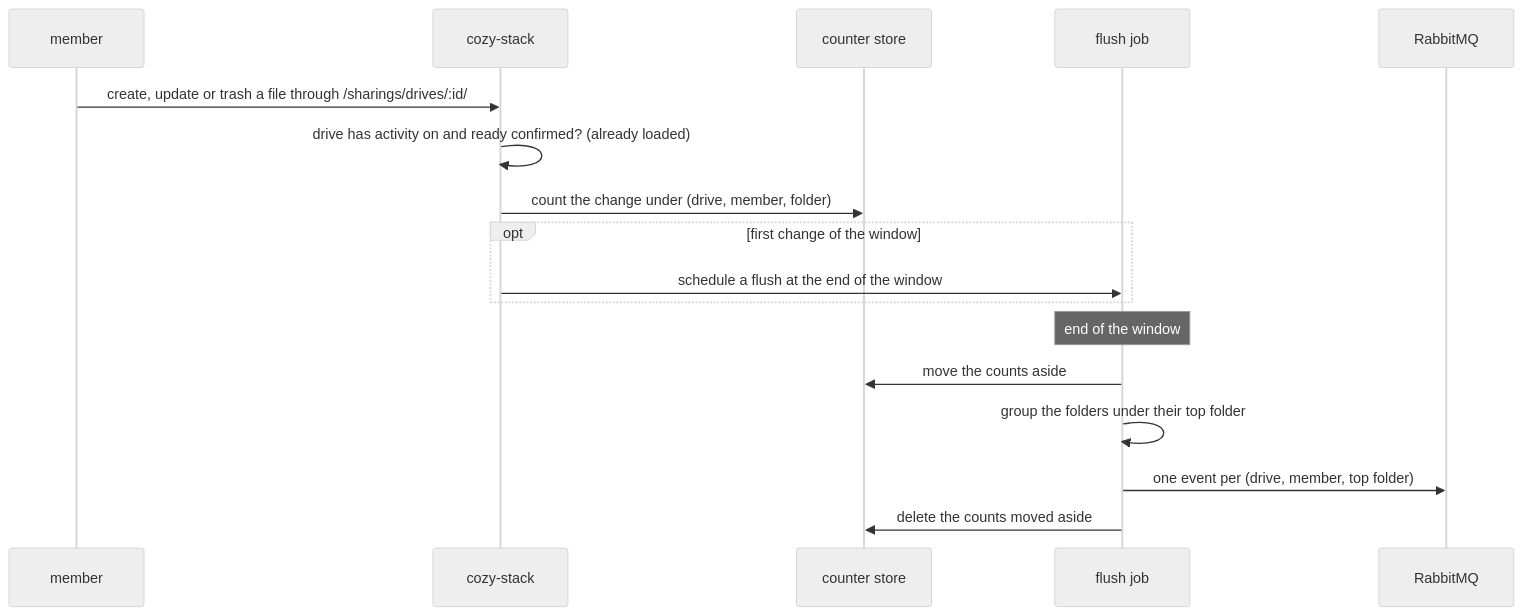
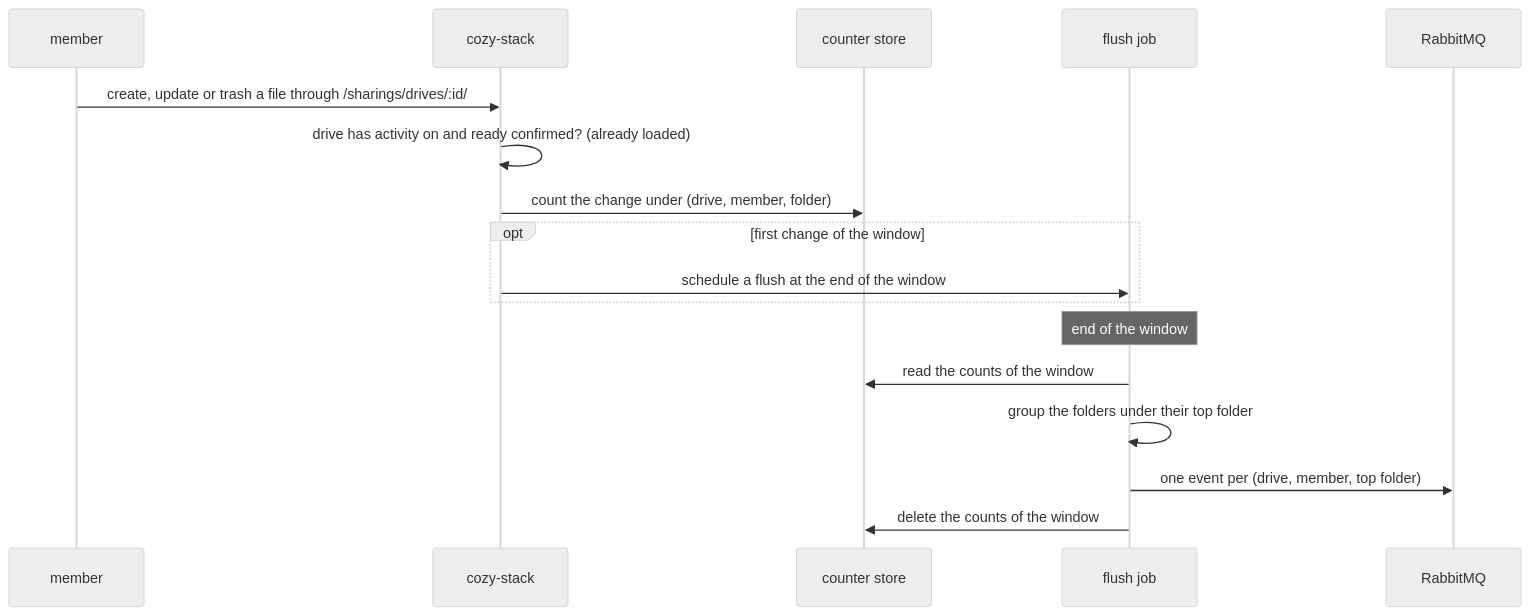
One commit to cozy/cozy-stack changed the diagram in docs/adr/010-adr-drive-activity-digest.md. Above: the diagram before and after it, drawn with Mermaid (neutral theme). The commit also changed other lines of this file, not shown here.

Commit message:
docs: hold the drive activity counts in Redis only in ADR 010

````diff
--- a/docs/adr/010-adr-drive-activity-digest.md
+++ b/docs/adr/010-adr-drive-activity-digest.md
@@ -29,19 +29,19 @@
 ```mermaid
 sequenceDiagram
   participant M as member
   participant S as cozy-stack
   participant K as counter store
   participant J as flush job
   participant R as RabbitMQ
   M->>S: create, update or trash a file through /sharings/drives/:id/
   S->>S: drive has activity on and ready confirmed? (already loaded)
   S->>K: count the change under (drive, member, folder)
   opt first change of the window
     S->>J: schedule a flush at the end of the window
   end
   Note over J: end of the window
-  J->>K: move the counts aside
+  J->>K: read the counts of the window
   J->>J: group the folders under their top folder
   J->>R: one event per (drive, member, top folder)
-  J->>K: delete the counts moved aside
+  J->>K: delete the counts of the window
 ```
````
